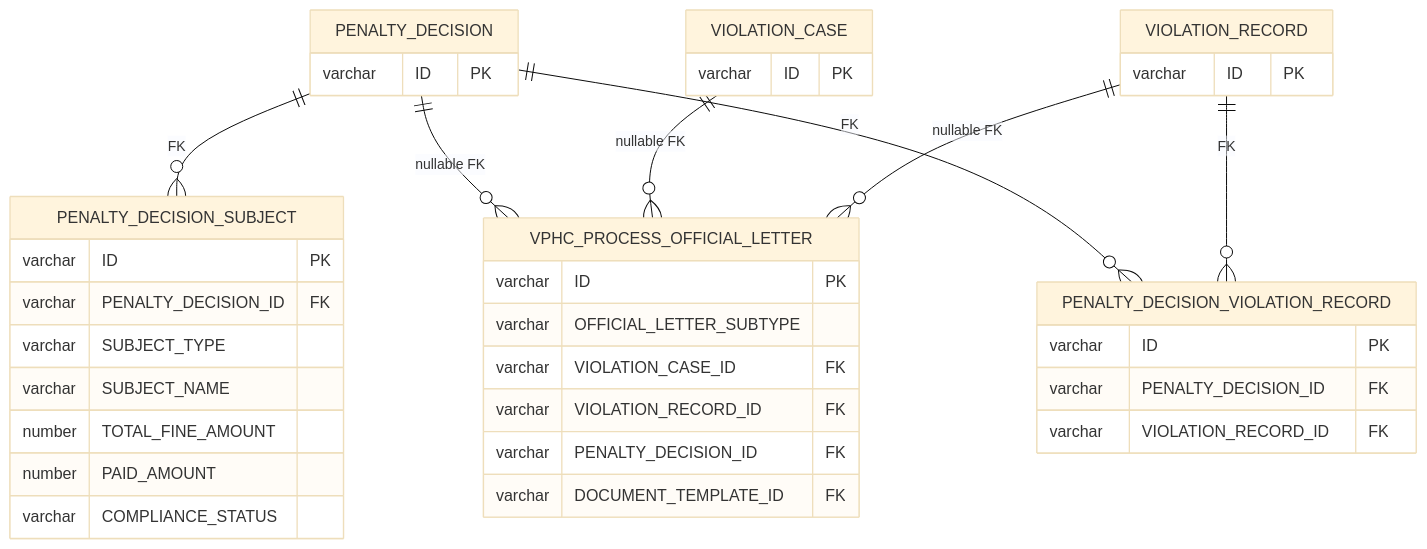
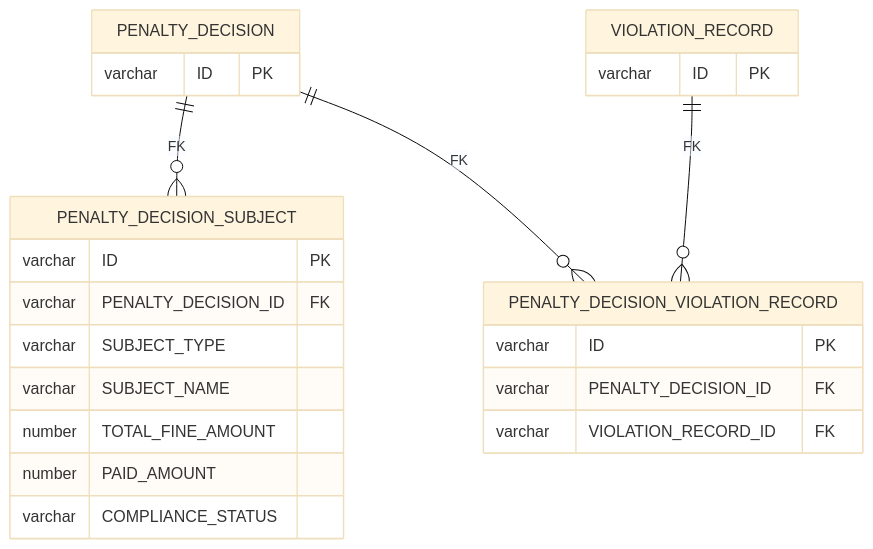
One commit to linhlvit/ubck_atomic_design changed the first of 2 diagrams in DataModel/working/Atomic/hld/THANHTRA_HLD_Tier5.md. Above: the diagram before and after it, drawn with Mermaid (base theme). The commit also changed other lines of this file and 351 other files, not shown here.

````diff
--- a/DataModel/working/Atomic/hld/THANHTRA_HLD_Tier5.md
+++ b/DataModel/working/Atomic/hld/THANHTRA_HLD_Tier5.md
@@ -20,42 +19,28 @@
 ```mermaid
 erDiagram
     PENALTY_DECISION {
-        varchar ID PK
-    }
-    VIOLATION_CASE {
         varchar ID PK
     }
     VIOLATION_RECORD {
         varchar ID PK
     }
 
     PENALTY_DECISION_SUBJECT {
         varchar ID PK
         varchar PENALTY_DECISION_ID FK
         varchar SUBJECT_TYPE
         varchar SUBJECT_NAME
         number TOTAL_FINE_AMOUNT
         number PAID_AMOUNT
         varchar COMPLIANCE_STATUS
     }
-    VPHC_PROCESS_OFFICIAL_LETTER {
-        varchar ID PK
-        varchar OFFICIAL_LETTER_SUBTYPE
-        varchar VIOLATION_CASE_ID FK
-        varchar VIOLATION_RECORD_ID FK
-        varchar PENALTY_DECISION_ID FK
-        varchar DOCUMENT_TEMPLATE_ID FK
-    }
     PENALTY_DECISION_VIOLATION_RECORD {
         varchar ID PK
         varchar PENALTY_DECISION_ID FK
         varchar VIOLATION_RECORD_ID FK
     }
 
     PENALTY_DECISION ||--o{ PENALTY_DECISION_SUBJECT : "FK"
-    PENALTY_DECISION ||--o{ VPHC_PROCESS_OFFICIAL_LETTER : "nullable FK"
-    VIOLATION_CASE ||--o{ VPHC_PROCESS_OFFICIAL_LETTER : "nullable FK"
-    VIOLATION_RECORD ||--o{ VPHC_PROCESS_OFFICIAL_LETTER : "nullable FK"
     PENALTY_DECISION ||--o{ PENALTY_DECISION_VIOLATION_RECORD : "FK"
     VIOLATION_RECORD ||--o{ PENALTY_DECISION_VIOLATION_RECORD : "FK"
 ```
````
